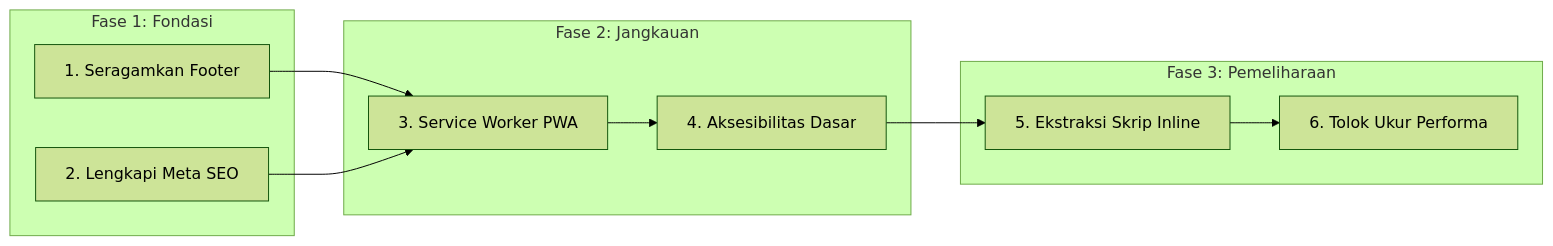
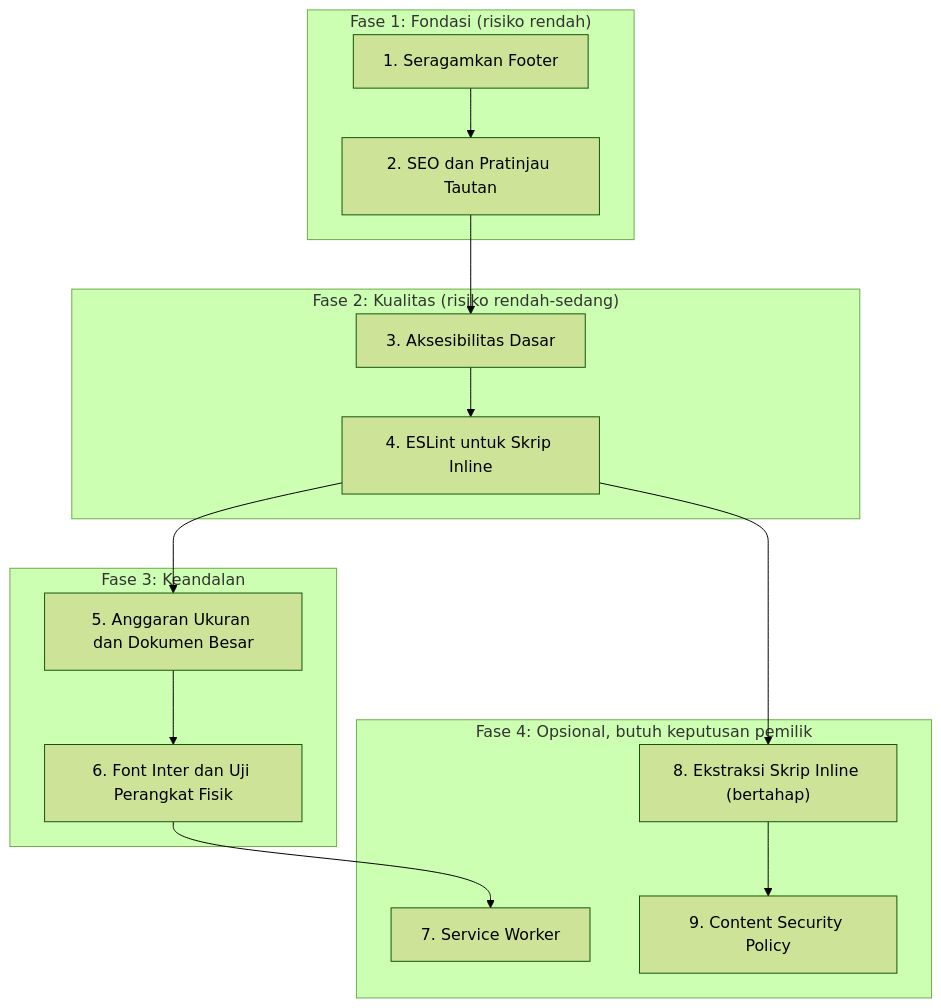
Before and after one commit to danwiraza03/pdf-tools: the diagram in docs/IMPROVEMENT_PLAN.md, drawn with Mermaid (forest theme). The commit also changed other lines of this file, not shown here.

````diff
--- a/docs/IMPROVEMENT_PLAN.md
+++ b/docs/IMPROVEMENT_PLAN.md
@@ -30,20 +52,23 @@
 ```mermaid
-flowchart LR
-  subgraph "Fase 1: Fondasi"
-    A["1. Seragamkan Footer"]
-    B["2. Lengkapi Meta SEO"]
-  end
-  subgraph "Fase 2: Jangkauan"
-    C["3. Service Worker PWA"]
-    D["4. Aksesibilitas Dasar"]
-  end
-  subgraph "Fase 3: Pemeliharaan"
-    E["5. Ekstraksi Skrip Inline"]
-    F["6. Tolok Ukur Performa"]
-  end
-  A --> C
-  B --> C
-  C --> D
-  D --> E
-  E --> F
+flowchart TD
+    subgraph F1["Fase 1: Fondasi (risiko rendah)"]
+      B1["1. Seragamkan Footer"]
+      B2["2. SEO dan Pratinjau Tautan"]
+    end
+    subgraph F2["Fase 2: Kualitas (risiko rendah-sedang)"]
+      B3["3. Aksesibilitas Dasar"]
+      B4["4. ESLint untuk Skrip Inline"]
+    end
+    subgraph F3["Fase 3: Keandalan"]
+      B5["5. Anggaran Ukuran dan Dokumen Besar"]
+      B6["6. Font Inter dan Uji Perangkat Fisik"]
+    end
+    subgraph F4["Fase 4: Opsional, butuh keputusan pemilik"]
+      B7["7. Service Worker"]
+      B8["8. Ekstraksi Skrip Inline (bertahap)"]
+      B9["9. Content Security Policy"]
+    end
+    B1 --> B2 --> B3 --> B4 --> B5 --> B6 --> B7
+    B4 --> B8
+    B8 --> B9
 ```
````
